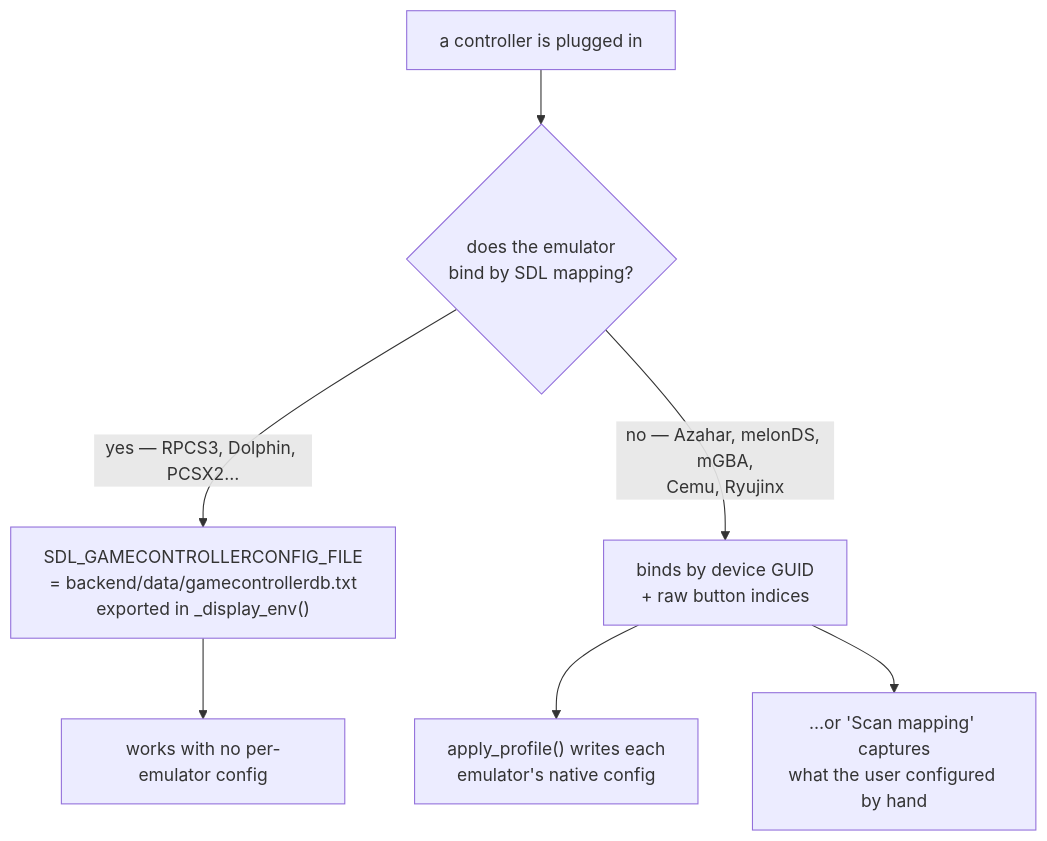
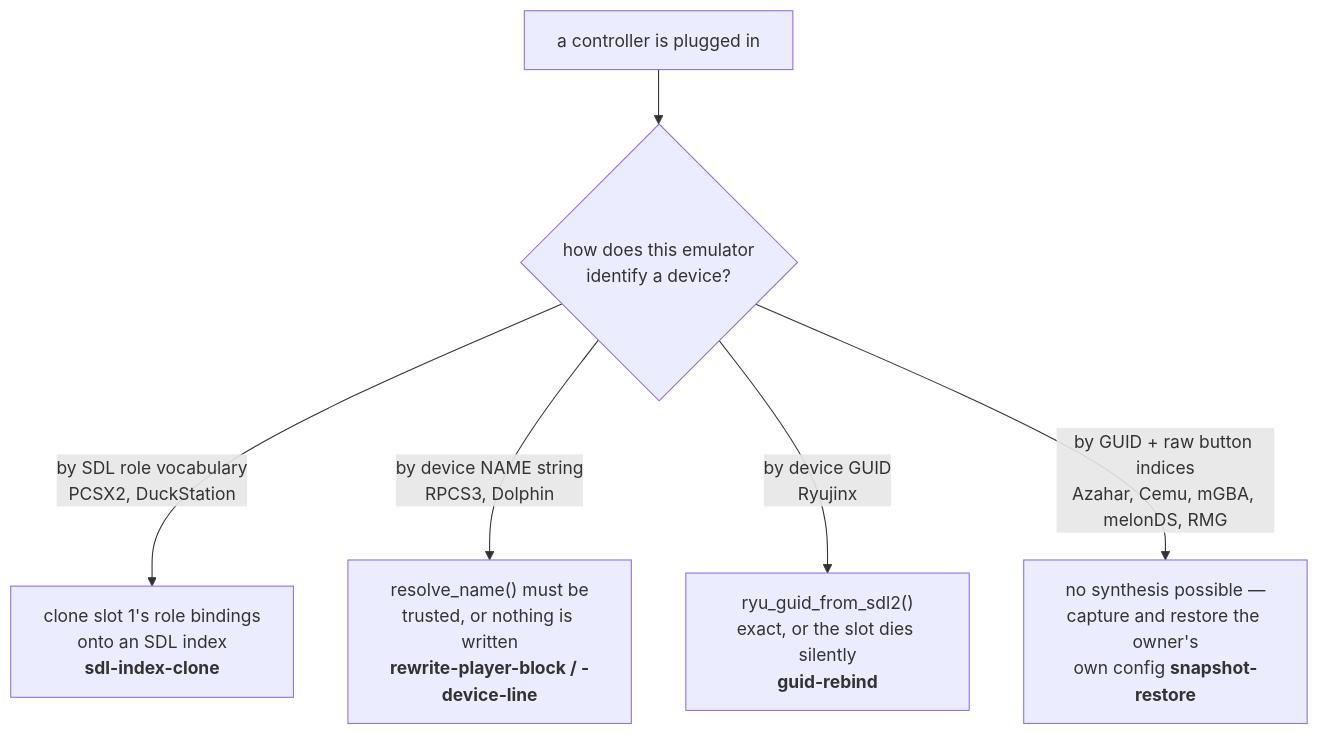
The first of 2 diagrams in docs/architecture/08-controller-pipeline.md (p4v1c/GamecoreRenew), drawn with Mermaid before and after one commit. The commit also changed other lines of this file and 3 other files, not shown here.

````diff
--- a/docs/architecture/08-controller-pipeline.md
+++ b/docs/architecture/08-controller-pipeline.md
@@ -13,9 +36,8 @@
 ```mermaid
 flowchart TD
-    pad["a controller is plugged in"] --> q{"does the emulator<br/>bind by SDL mapping?"}
-    q -->|"yes — RPCS3, Dolphin, PCSX2…"| sdl["SDL_GAMECONTROLLERCONFIG_FILE<br/>= backend/data/gamecontrollerdb.txt<br/>exported in _display_env()"]
-    sdl --> ok1["works with no per-emulator config"]
-    q -->|"no — Azahar, melonDS, mGBA,<br/>Cemu, Ryujinx"| guid["binds by device GUID<br/>+ raw button indices"]
-    guid --> gen["apply_profile() writes each<br/>emulator's native config"]
-    guid --> scan["…or 'Scan mapping' captures<br/>what the user configured by hand"]
+    pad["a controller is plugged in"] --> q{"how does this emulator<br/>identify a device?"}
+    q -->|"by SDL role vocabulary<br/>PCSX2, DuckStation"| sdl["clone slot 1's role bindings<br/>onto an SDL index<br/><b>sdl-index-clone</b>"]
+    q -->|"by device NAME string<br/>RPCS3, Dolphin"| nm["resolve_name() must be<br/>trusted, or nothing is written<br/><b>rewrite-player-block / -device-line</b>"]
+    q -->|"by device GUID<br/>Ryujinx"| guid["ryu_guid_from_sdl2()<br/>exact, or the slot dies silently<br/><b>guid-rebind</b>"]
+    q -->|"by GUID + raw button indices<br/>Azahar, Cemu, mGBA, melonDS, RMG"| snap["no synthesis possible —<br/>capture and restore the owner's<br/>own config <b>snapshot-restore</b>"]
 ```
````
